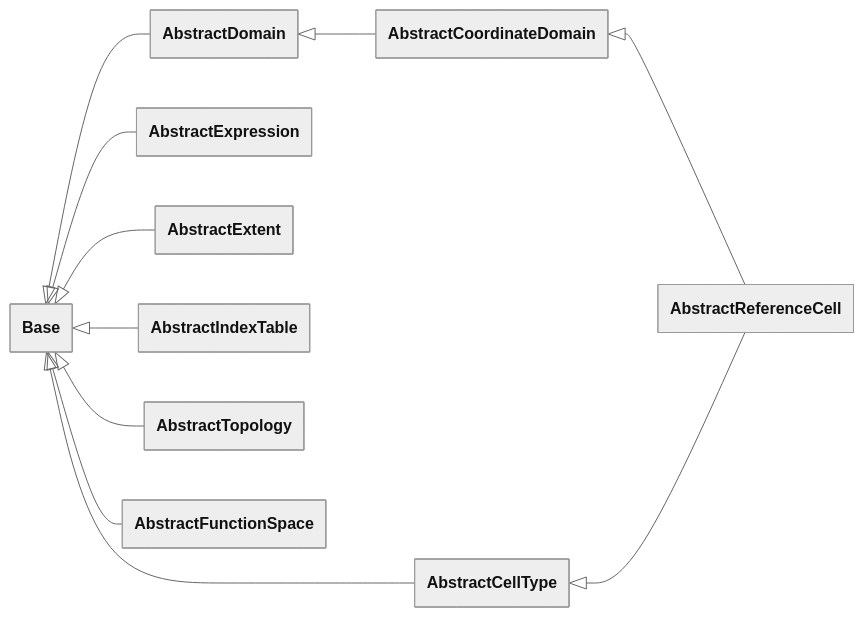
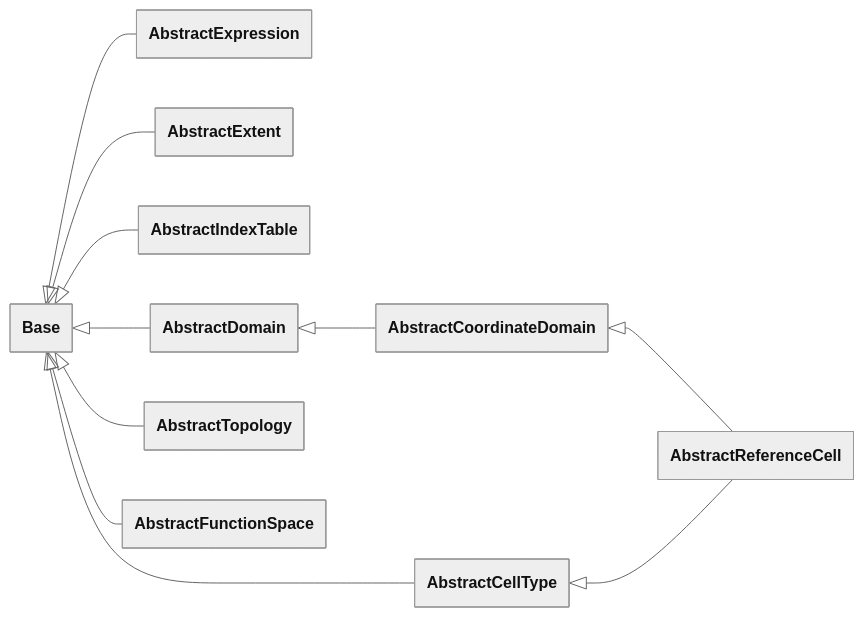
The diagram in design/language/reference.md (FEniCS/uflx), drawn with Mermaid before and after one commit. The commit also changed other lines of this file and 6 other files, not shown here.

````diff
--- a/design/language/reference.md
+++ b/design/language/reference.md
@@ -37,22 +37,22 @@
 ```mermaid
 ---
 config:
   theme: neutral
   look: classic
   class:
     hideEmptyMembersBox: true
 ---
 classDiagram
     direction LR
     accTitle: Abstract class hierarchy
-    Base <|-- AbstractDomain
-    AbstractDomain <|-- AbstractCoordinateDomain
     Base <|-- AbstractExpression
     Base <|-- AbstractExtent
     Base <|-- AbstractIndexTable
+    Base <|-- AbstractDomain
+    AbstractDomain <|-- AbstractCoordinateDomain
     Base <|-- AbstractCellType
     Base <|-- AbstractTopology
     AbstractCoordinateDomain <|-- AbstractReferenceCell
     AbstractCellType <|-- AbstractReferenceCell
     Base <|-- AbstractFunctionSpace
 ```
````
